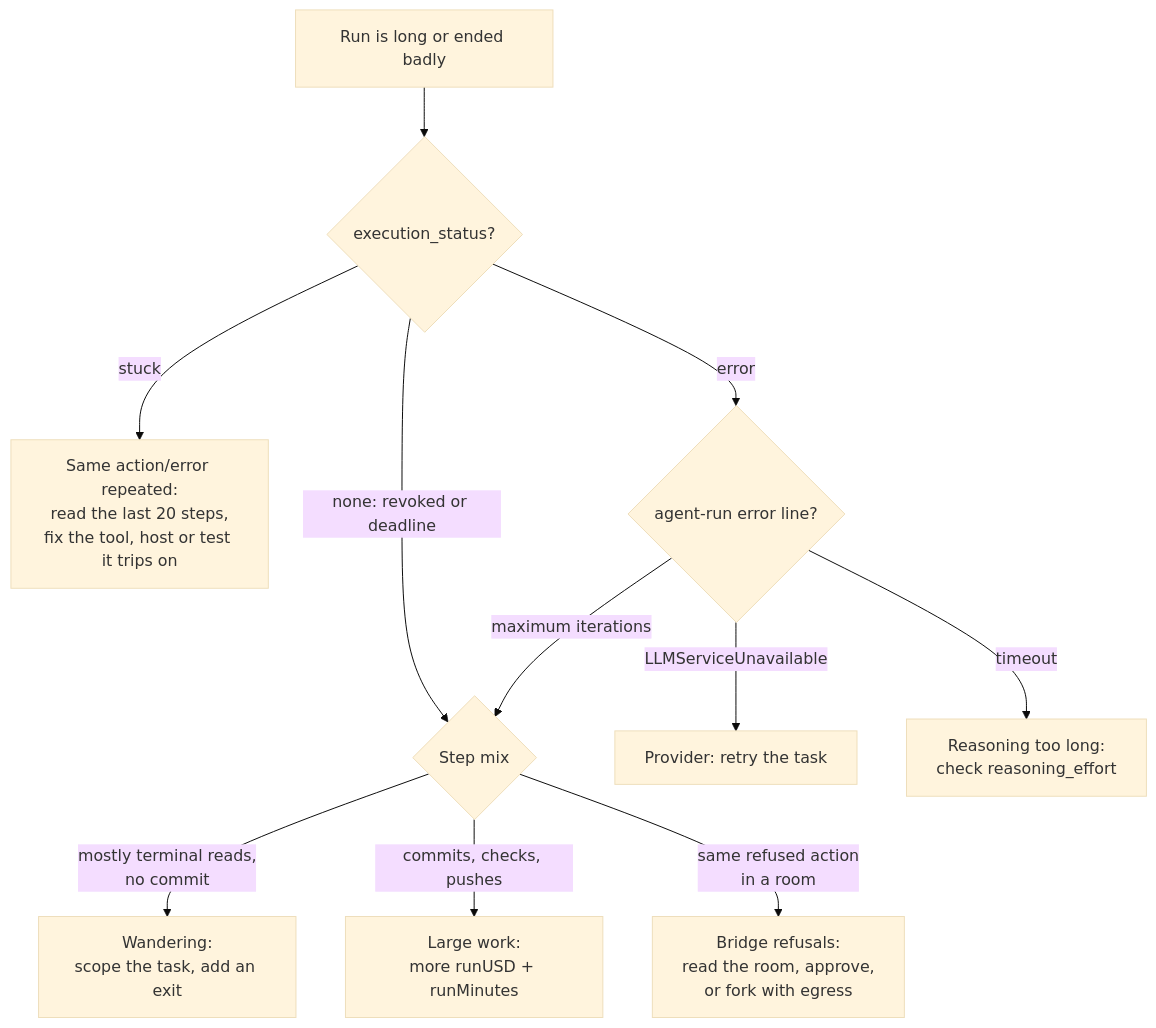
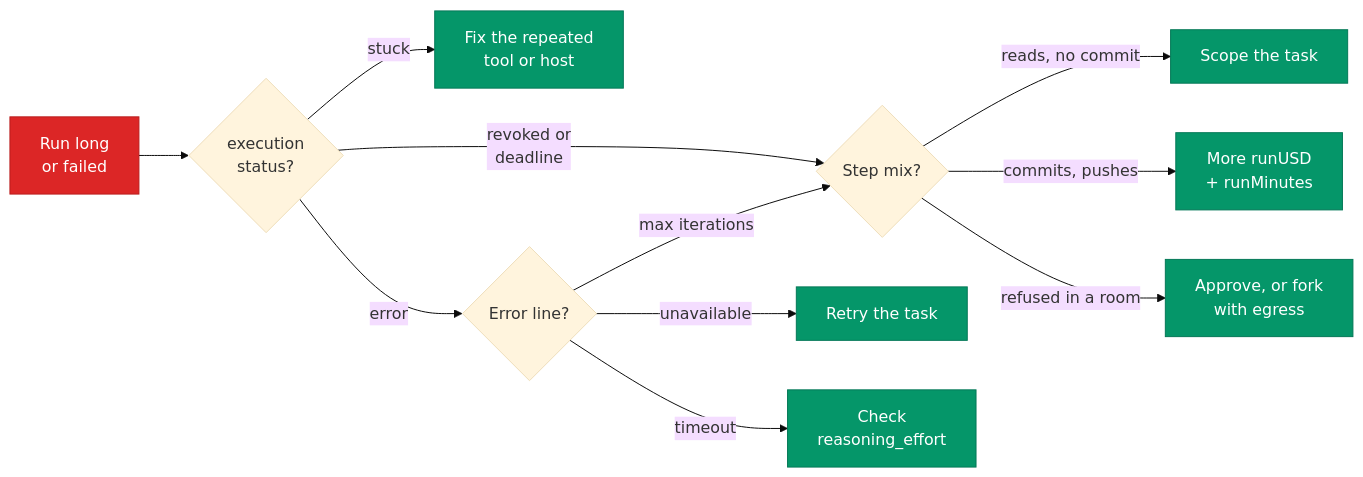
One commit to Smana/ai-native-ref changed the third of 3 diagrams in website/content/docs/platform/ai-platform/agents/harness.md. Above: the diagram before and after it, drawn with Mermaid (base theme). The commit also changed other lines of this file and 2 other files, not shown here.

````diff
--- a/website/content/docs/platform/ai-platform/agents/harness.md
+++ b/website/content/docs/platform/ai-platform/agents/harness.md
@@ -391,13 +229,15 @@
 ```mermaid
-flowchart TD
-  A["Run is long or ended badly"] --> B{"execution_status?"}
-  B -- stuck --> S["Same action/error repeated:<br/>read the last 20 steps,<br/>fix the tool, host or test it trips on"]
-  B -- error --> E{"agent-run error line?"}
-  E -- "maximum iterations" --> L
-  E -- "LLMServiceUnavailable" --> P["Provider: retry the task"]
-  E -- "timeout" --> R["Reasoning too long:<br/>check reasoning_effort"]
-  B -- "none: revoked or deadline" --> L{"Step mix"}
-  L -- "mostly terminal reads,<br/>no commit" --> W["Wandering:<br/>scope the task, add an exit"]
-  L -- "commits, checks, pushes" --> G["Large work:<br/>more runUSD + runMinutes"]
-  L -- "same refused action<br/>in a room" --> Q["Bridge refusals:<br/>read the room, approve,<br/>or fork with egress"]
+flowchart LR
+  A["Run long<br/>or failed"]:::start --> B{"execution<br/>status?"}
+  B -- stuck --> S["Fix the repeated<br/>tool or host"]:::fix
+  B -- error --> E{"Error line?"}
+  E -- "max iterations" --> L
+  E -- unavailable --> P["Retry the task"]:::fix
+  E -- timeout --> R["Check<br/>reasoning_effort"]:::fix
+  B -- "revoked or<br/>deadline" --> L{"Step mix?"}
+  L -- "reads, no commit" --> W["Scope the task"]:::fix
+  L -- "commits, pushes" --> G["More runUSD<br/>+ runMinutes"]:::fix
+  L -- "refused in a room" --> Q["Approve, or fork<br/>with egress"]:::fix
+  classDef start fill:#dc2626,stroke:#b91c1c,color:#fff
+  classDef fix fill:#059669,stroke:#047857,color:#fff
 ```
````
